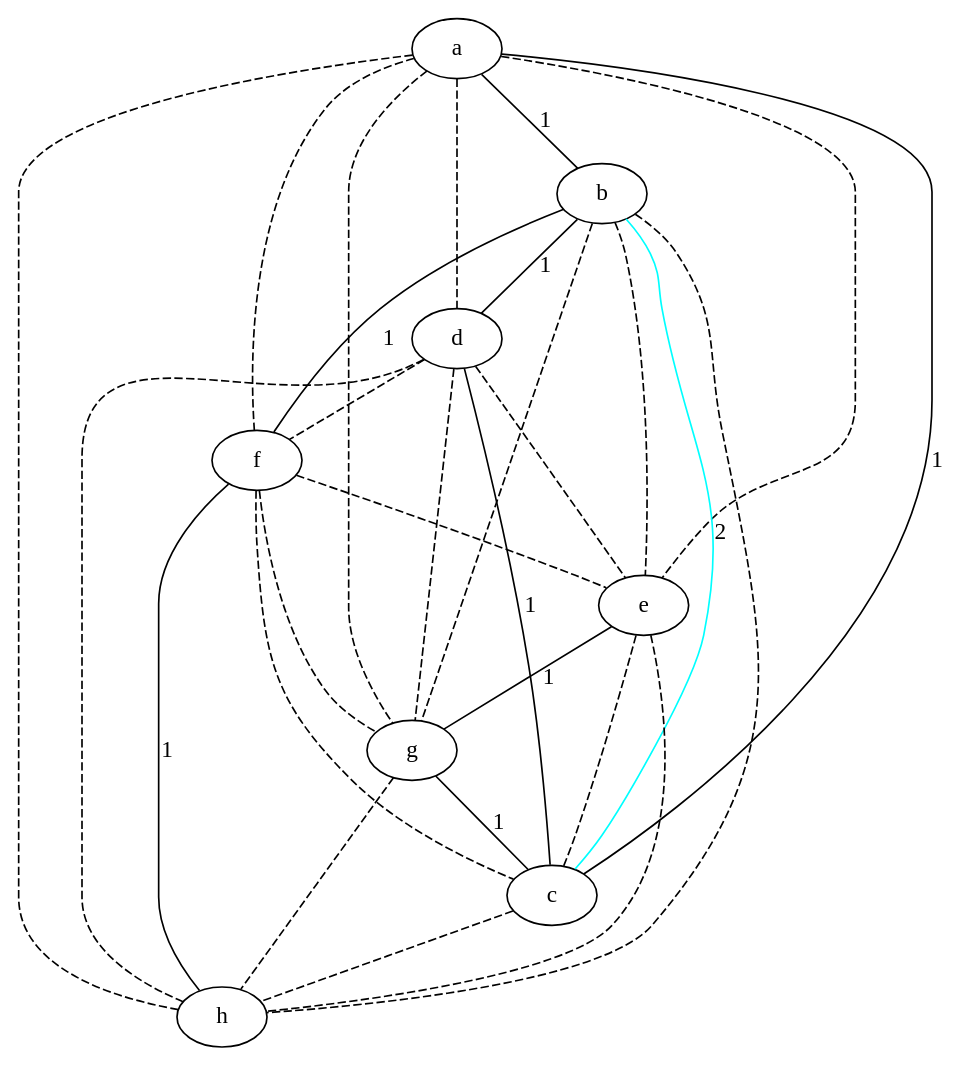
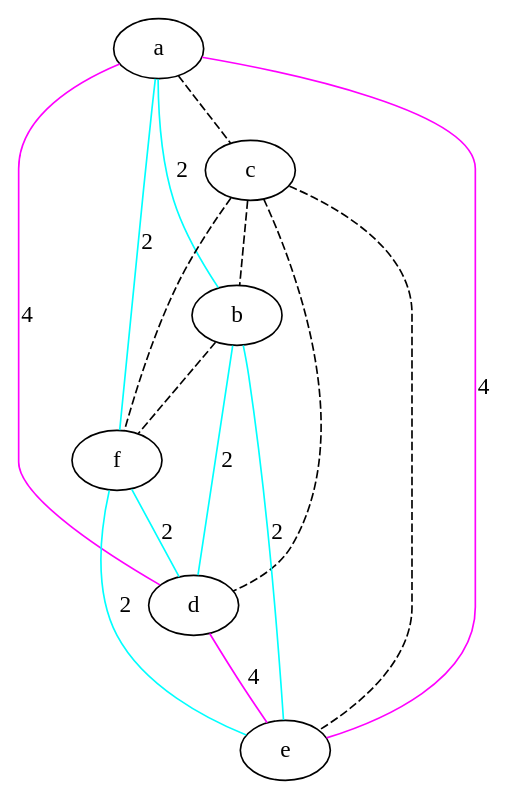
One commit to lrodrin/TFG changed the diagram in src/final/linearGraph.dot. Above: the diagram before and after it, drawn with Graphviz. The commit also changed 2 other files, not shown here.

```diff
--- a/src/final/linearGraph.dot
+++ b/src/final/linearGraph.dot
@@ -1,38 +1,23 @@
 strict graph "" {
 a;
+c;
 b;
+f;
 d;
-f;
 e;
-g;
-c;
-h;
-a -- b  [color=black, label=1, style=solid];
-a -- d  [color=black, style=dashed];
-a -- f  [color=black, style=dashed];
-a -- e  [color=black, style=dashed];
-a -- g  [color=black, style=dashed];
-a -- c  [color=black, label=1, style=solid];
-a -- h  [color=black, style=dashed];
-b -- d  [color=black, label=1, style=solid];
-b -- f  [color=black, label=1, style=solid];
-b -- e  [color=black, style=dashed];
-b -- g  [color=black, style=dashed];
-b -- c  [color=cyan, label=2, style=solid];
-b -- h  [color=black, style=dashed];
-d -- f  [color=black, style=dashed];
-d -- e  [color=black, style=dashed];
-d -- g  [color=black, style=dashed];
-d -- c  [color=black, label=1, style=solid];
-d -- h  [color=black, style=dashed];
-f -- e  [color=black, style=dashed];
-f -- g  [color=black, style=dashed];
-f -- c  [color=black, style=dashed];
-f -- h  [color=black, label=1, style=solid];
-e -- g  [color=black, label=1, style=solid];
-e -- c  [color=black, style=dashed];
-e -- h  [color=black, style=dashed];
-g -- c  [color=black, label=1, style=solid];
-g -- h  [color=black, style=dashed];
-c -- h  [color=black, style=dashed];
+a -- c  [color=black, style=dashed];
+a -- b  [color=cyan, label=2, style=solid];
+a -- f  [color=cyan, label=2, style=solid];
+a -- d  [color=magenta, label=4, style=solid];
+a -- e  [color=magenta, label=4, style=solid];
+c -- b  [color=black, style=dashed];
+c -- f  [color=black, style=dashed];
+c -- d  [color=black, style=dashed];
+c -- e  [color=black, style=dashed];
+b -- f  [color=black, style=dashed];
+b -- d  [color=cyan, label=2, style=solid];
+b -- e  [color=cyan, label=2, style=solid];
+f -- d  [color=cyan, label=2, style=solid];
+f -- e  [color=cyan, label=2, style=solid];
+d -- e  [color=magenta, label=4, style=solid];
 }
```
